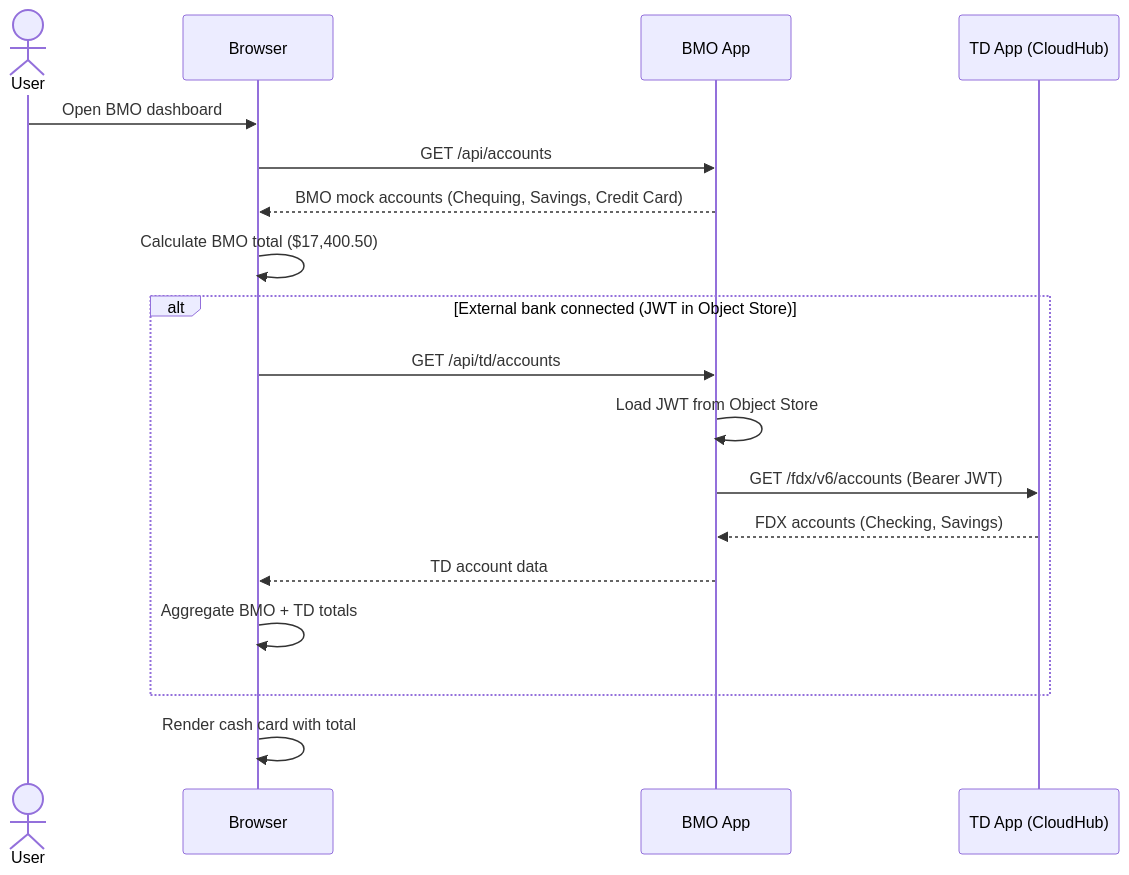
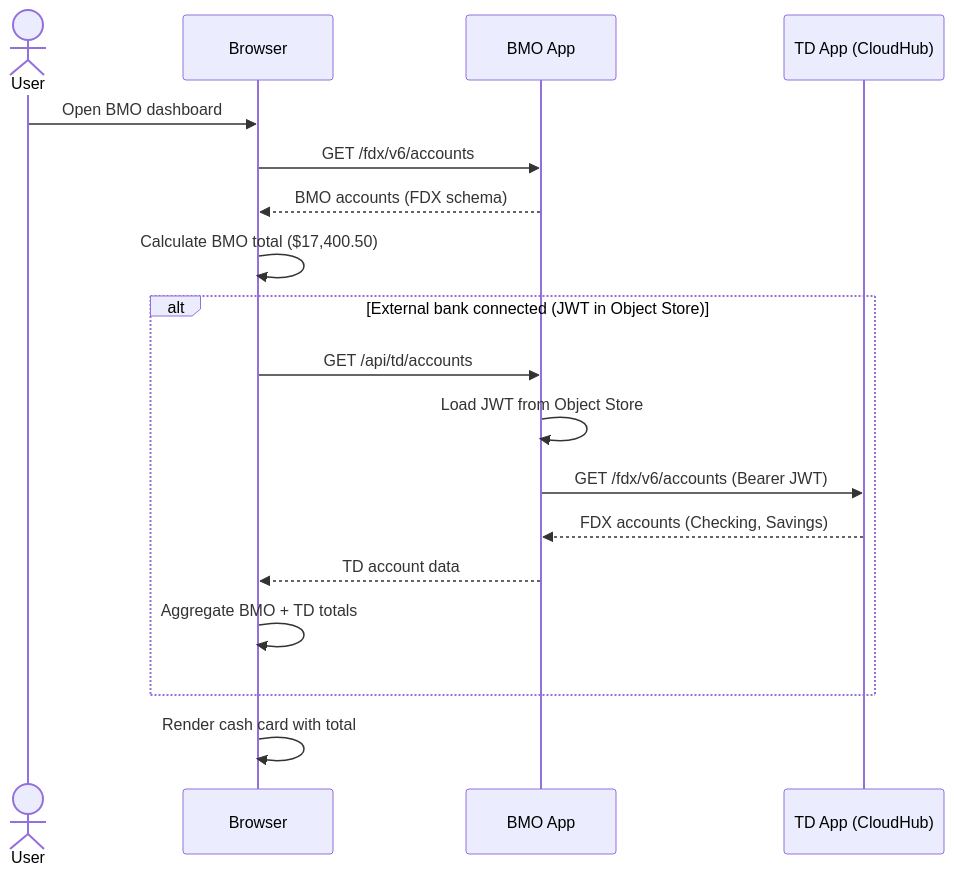
The second of 7 diagrams in docs/technical-spec.md (savy-mulesoft/openbanking-clientapp), drawn with Mermaid before and after one commit. The commit also changed other lines of this file and 10 other files, not shown here.

First line of the commit message:
Split BMO API into 3 FDX-aligned specs (Core, Consent, Aggregator)

````diff
--- a/docs/technical-spec.md
+++ b/docs/technical-spec.md
@@ -96,23 +99,23 @@
 ```mermaid
 sequenceDiagram
     actor User
     participant Browser
     participant BMO as BMO App
     participant TD as TD App (CloudHub)
 
     User->>Browser: Open BMO dashboard
-    Browser->>BMO: GET /api/accounts
-    BMO-->>Browser: BMO mock accounts (Chequing, Savings, Credit Card)
+    Browser->>BMO: GET /fdx/v6/accounts
+    BMO-->>Browser: BMO accounts (FDX schema)
     Browser->>Browser: Calculate BMO total ($17,400.50)
 
     alt External bank connected (JWT in Object Store)
         Browser->>BMO: GET /api/td/accounts
         BMO->>BMO: Load JWT from Object Store
         BMO->>TD: GET /fdx/v6/accounts (Bearer JWT)
         TD-->>BMO: FDX accounts (Checking, Savings)
         BMO-->>Browser: TD account data
         Browser->>Browser: Aggregate BMO + TD totals
     end
 
     Browser->>Browser: Render cash card with total
 ```
````
